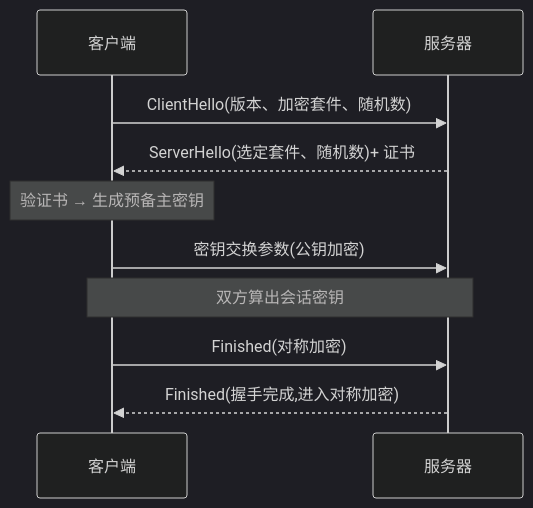
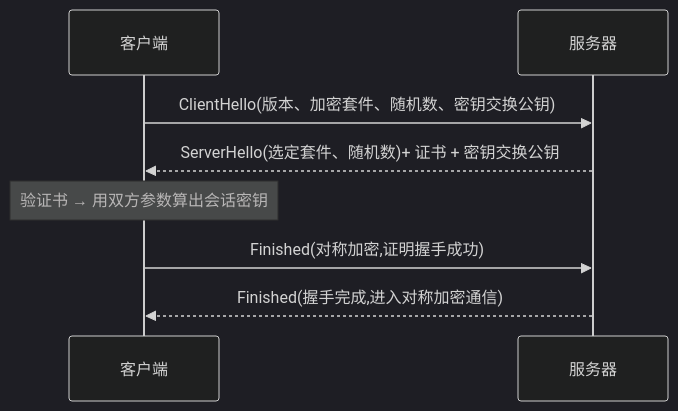
One commit to inspire-man/frontend-knowledge-base changed the second of 2 diagrams in frontend-knowledge-base/卷四-网络与通信/4.4-HTTPS与TLS.md. Above: the diagram before and after it, drawn with Mermaid (dark theme). The commit also changed other lines of this file, not shown here.

````diff
--- a/frontend-knowledge-base/卷四-网络与通信/4.4-HTTPS与TLS.md
+++ b/frontend-knowledge-base/卷四-网络与通信/4.4-HTTPS与TLS.md
@@ -57,12 +116,10 @@
 ```mermaid
 sequenceDiagram
     participant C as 客户端
     participant S as 服务器
-    C->>S: ClientHello(版本、加密套件、随机数)
-    S-->>C: ServerHello(选定套件、随机数)+ 证书
-    Note over C: 验证书 → 生成预备主密钥
-    C->>S: 密钥交换参数(公钥加密)
-    Note over C,S: 双方算出会话密钥
-    C->>S: Finished(对称加密)
-    S-->>C: Finished(握手完成,进入对称加密)
+    C->>S: ClientHello(版本、加密套件、随机数、密钥交换公钥)
+    S-->>C: ServerHello(选定套件、随机数)+ 证书 + 密钥交换公钥
+    Note over C: 验证书 → 用双方参数算出会话密钥
+    C->>S: Finished(对称加密,证明握手成功)
+    S-->>C: Finished(握手完成,进入对称加密通信)
 ```
````
